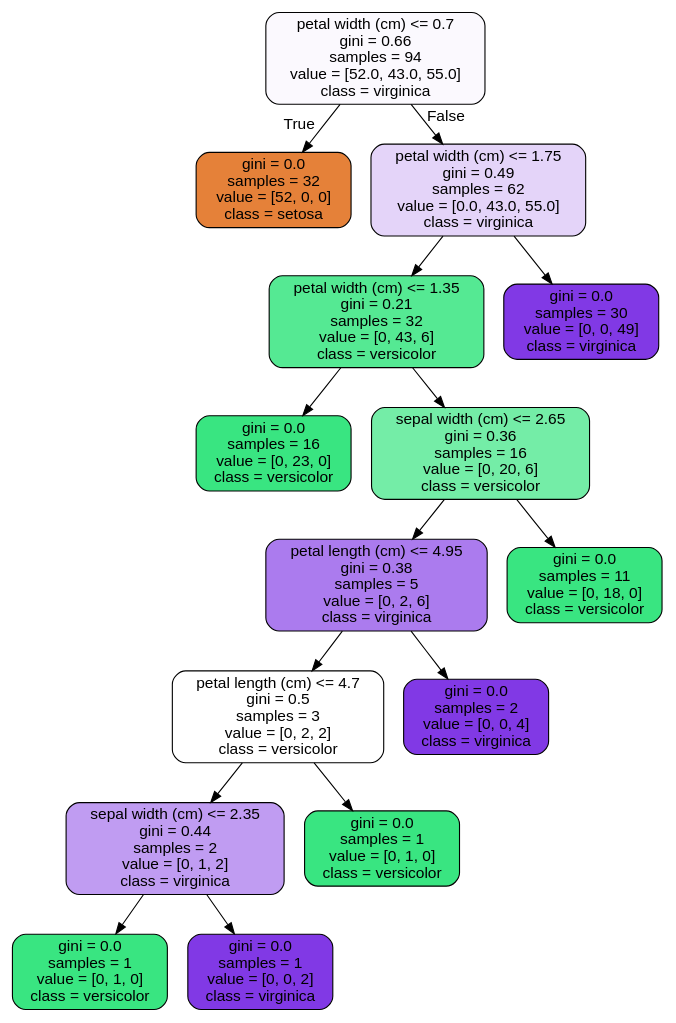
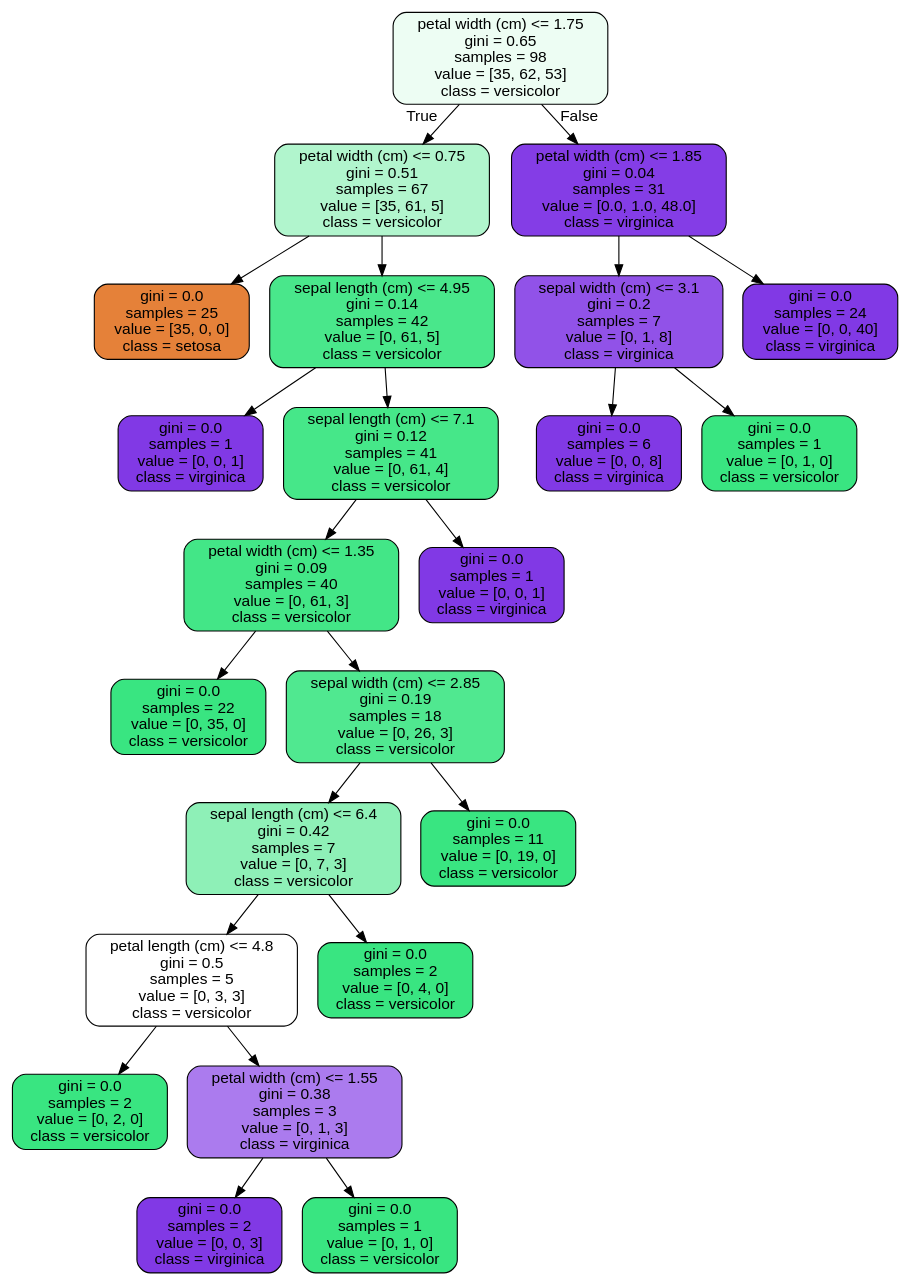
The diagram in 14.4_RandomForest Covid Case Study_06302020/tree.dot (kpretz/Springboard), drawn with Graphviz before and after one commit. The commit also changed 4 other files, not shown here.

```diff
--- a/14.4_RandomForest Covid Case Study_06302020/tree.dot
+++ b/14.4_RandomForest Covid Case Study_06302020/tree.dot
@@ -1,33 +1,49 @@
 digraph Tree {
 node [shape=box, style="filled, rounded", color="black", fontname="helvetica"] ;
 edge [fontname="helvetica"] ;
-0 [label="petal width (cm) <= 0.7\ngini = 0.66\nsamples = 94\nvalue = [52.0, 43.0, 55.0]\nclass = virginica", fillcolor="#fbf9fe"] ;
-1 [label="gini = 0.0\nsamples = 32\nvalue = [52, 0, 0]\nclass = setosa", fillcolor="#e58139"] ;
+0 [label="petal width (cm) <= 1.75\ngini = 0.65\nsamples = 98\nvalue = [35, 62, 53]\nclass = versicolor", fillcolor="#edfdf3"] ;
+1 [label="petal width (cm) <= 0.75\ngini = 0.51\nsamples = 67\nvalue = [35, 61, 5]\nclass = versicolor", fillcolor="#b1f5cd"] ;
 0 -> 1 [labeldistance=2.5, labelangle=45, headlabel="True"] ;
-2 [label="petal width (cm) <= 1.75\ngini = 0.49\nsamples = 62\nvalue = [0.0, 43.0, 55.0]\nclass = virginica", fillcolor="#e4d4f9"] ;
-0 -> 2 [labeldistance=2.5, labelangle=-45, headlabel="False"] ;
-3 [label="petal width (cm) <= 1.35\ngini = 0.21\nsamples = 32\nvalue = [0, 43, 6]\nclass = versicolor", fillcolor="#55e993"] ;
-2 -> 3 ;
-4 [label="gini = 0.0\nsamples = 16\nvalue = [0, 23, 0]\nclass = versicolor", fillcolor="#39e581"] ;
+2 [label="gini = 0.0\nsamples = 25\nvalue = [35, 0, 0]\nclass = setosa", fillcolor="#e58139"] ;
+1 -> 2 ;
+3 [label="sepal length (cm) <= 4.95\ngini = 0.14\nsamples = 42\nvalue = [0, 61, 5]\nclass = versicolor", fillcolor="#49e78b"] ;
+1 -> 3 ;
+4 [label="gini = 0.0\nsamples = 1\nvalue = [0, 0, 1]\nclass = virginica", fillcolor="#8139e5"] ;
 3 -> 4 ;
-5 [label="sepal width (cm) <= 2.65\ngini = 0.36\nsamples = 16\nvalue = [0, 20, 6]\nclass = versicolor", fillcolor="#74eda7"] ;
+5 [label="sepal length (cm) <= 7.1\ngini = 0.12\nsamples = 41\nvalue = [0, 61, 4]\nclass = versicolor", fillcolor="#46e789"] ;
 3 -> 5 ;
-6 [label="petal length (cm) <= 4.95\ngini = 0.38\nsamples = 5\nvalue = [0, 2, 6]\nclass = virginica", fillcolor="#ab7bee"] ;
+6 [label="petal width (cm) <= 1.35\ngini = 0.09\nsamples = 40\nvalue = [0, 61, 3]\nclass = versicolor", fillcolor="#43e687"] ;
 5 -> 6 ;
-7 [label="petal length (cm) <= 4.7\ngini = 0.5\nsamples = 3\nvalue = [0, 2, 2]\nclass = versicolor", fillcolor="#ffffff"] ;
+7 [label="gini = 0.0\nsamples = 22\nvalue = [0, 35, 0]\nclass = versicolor", fillcolor="#39e581"] ;
 6 -> 7 ;
-8 [label="sepal width (cm) <= 2.35\ngini = 0.44\nsamples = 2\nvalue = [0, 1, 2]\nclass = virginica", fillcolor="#c09cf2"] ;
-7 -> 8 ;
-9 [label="gini = 0.0\nsamples = 1\nvalue = [0, 1, 0]\nclass = versicolor", fillcolor="#39e581"] ;
+8 [label="sepal width (cm) <= 2.85\ngini = 0.19\nsamples = 18\nvalue = [0, 26, 3]\nclass = versicolor", fillcolor="#50e890"] ;
+6 -> 8 ;
+9 [label="sepal length (cm) <= 6.4\ngini = 0.42\nsamples = 7\nvalue = [0, 7, 3]\nclass = versicolor", fillcolor="#8ef0b7"] ;
 8 -> 9 ;
-10 [label="gini = 0.0\nsamples = 1\nvalue = [0, 0, 2]\nclass = virginica", fillcolor="#8139e5"] ;
-8 -> 10 ;
-11 [label="gini = 0.0\nsamples = 1\nvalue = [0, 1, 0]\nclass = versicolor", fillcolor="#39e581"] ;
-7 -> 11 ;
-12 [label="gini = 0.0\nsamples = 2\nvalue = [0, 0, 4]\nclass = virginica", fillcolor="#8139e5"] ;
-6 -> 12 ;
-13 [label="gini = 0.0\nsamples = 11\nvalue = [0, 18, 0]\nclass = versicolor", fillcolor="#39e581"] ;
-5 -> 13 ;
-14 [label="gini = 0.0\nsamples = 30\nvalue = [0, 0, 49]\nclass = virginica", fillcolor="#8139e5"] ;
-2 -> 14 ;
+10 [label="petal length (cm) <= 4.8\ngini = 0.5\nsamples = 5\nvalue = [0, 3, 3]\nclass = versicolor", fillcolor="#ffffff"] ;
+9 -> 10 ;
+11 [label="gini = 0.0\nsamples = 2\nvalue = [0, 2, 0]\nclass = versicolor", fillcolor="#39e581"] ;
+10 -> 11 ;
+12 [label="petal width (cm) <= 1.55\ngini = 0.38\nsamples = 3\nvalue = [0, 1, 3]\nclass = virginica", fillcolor="#ab7bee"] ;
+10 -> 12 ;
+13 [label="gini = 0.0\nsamples = 2\nvalue = [0, 0, 3]\nclass = virginica", fillcolor="#8139e5"] ;
+12 -> 13 ;
+14 [label="gini = 0.0\nsamples = 1\nvalue = [0, 1, 0]\nclass = versicolor", fillcolor="#39e581"] ;
+12 -> 14 ;
+15 [label="gini = 0.0\nsamples = 2\nvalue = [0, 4, 0]\nclass = versicolor", fillcolor="#39e581"] ;
+9 -> 15 ;
+16 [label="gini = 0.0\nsamples = 11\nvalue = [0, 19, 0]\nclass = versicolor", fillcolor="#39e581"] ;
+8 -> 16 ;
+17 [label="gini = 0.0\nsamples = 1\nvalue = [0, 0, 1]\nclass = virginica", fillcolor="#8139e5"] ;
+5 -> 17 ;
+18 [label="petal width (cm) <= 1.85\ngini = 0.04\nsamples = 31\nvalue = [0.0, 1.0, 48.0]\nclass = virginica", fillcolor="#843de6"] ;
+0 -> 18 [labeldistance=2.5, labelangle=-45, headlabel="False"] ;
+19 [label="sepal width (cm) <= 3.1\ngini = 0.2\nsamples = 7\nvalue = [0, 1, 8]\nclass = virginica", fillcolor="#9152e8"] ;
+18 -> 19 ;
+20 [label="gini = 0.0\nsamples = 6\nvalue = [0, 0, 8]\nclass = virginica", fillcolor="#8139e5"] ;
+19 -> 20 ;
+21 [label="gini = 0.0\nsamples = 1\nvalue = [0, 1, 0]\nclass = versicolor", fillcolor="#39e581"] ;
+19 -> 21 ;
+22 [label="gini = 0.0\nsamples = 24\nvalue = [0, 0, 40]\nclass = virginica", fillcolor="#8139e5"] ;
+18 -> 22 ;
 }
```
